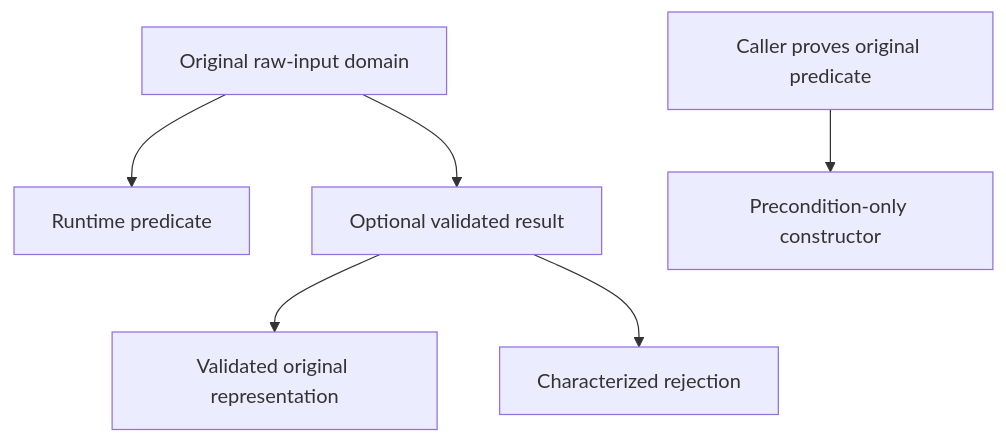
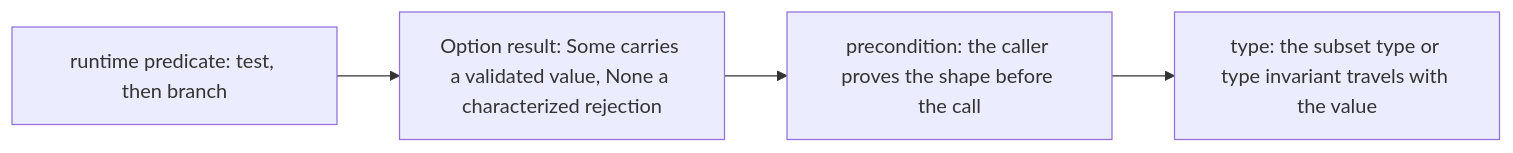
The first of 3 diagrams in docs/R10_TypeInvariants.md (leobwang/dafny-verus-learn-0), drawn with Mermaid before and after one commit. The commit also changed other lines of this file and 60 other files, not shown here.

````diff
--- a/docs/R10_TypeInvariants.md
+++ b/docs/R10_TypeInvariants.md
@@ -265,8 +300,6 @@
 ```mermaid
-flowchart TD
-    Input["Original raw-input domain"] --> Test["Runtime predicate"]
-    Input --> Optional["Optional validated result"]
-    Proof["Caller proves original predicate"] --> Required["Precondition-only constructor"]
-    Optional --> Some["Validated original representation"]
-    Optional --> None["Characterized rejection"]
+flowchart LR
+  R["runtime predicate: test, then branch"] --> O["Option result: Some carries a validated value, None a characterized rejection"]
+  O --> P["precondition: the caller proves the shape before the call"]
+  P --> T["type: the subset type or type invariant travels with the value"]
 ```
````
